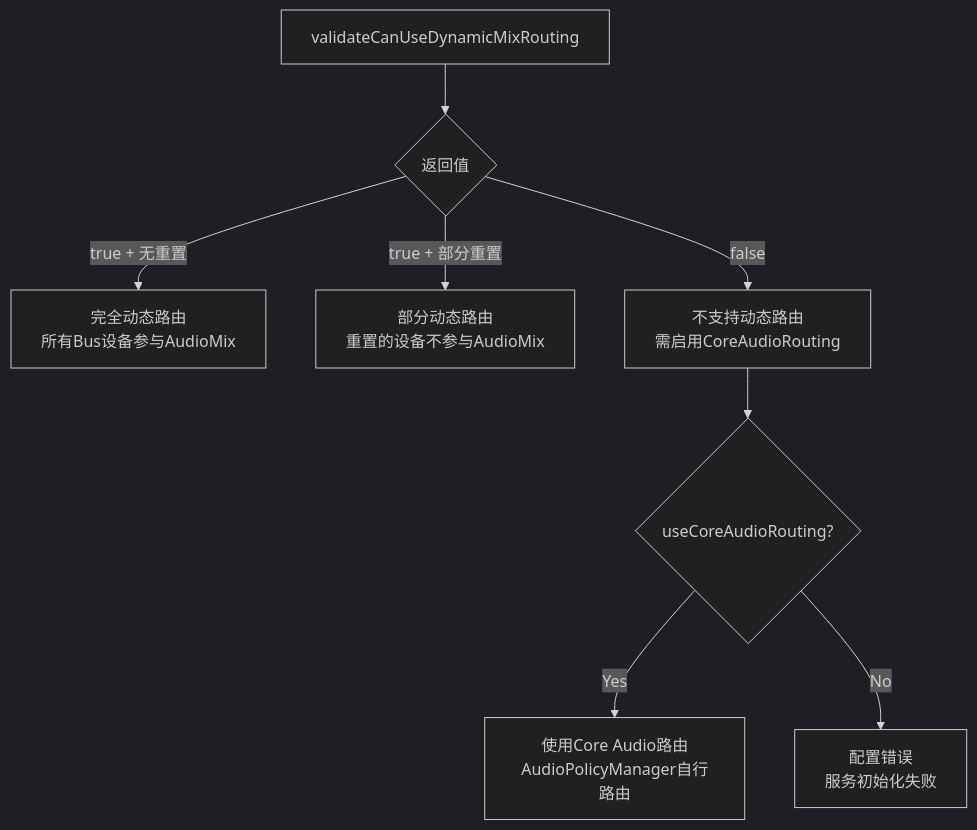
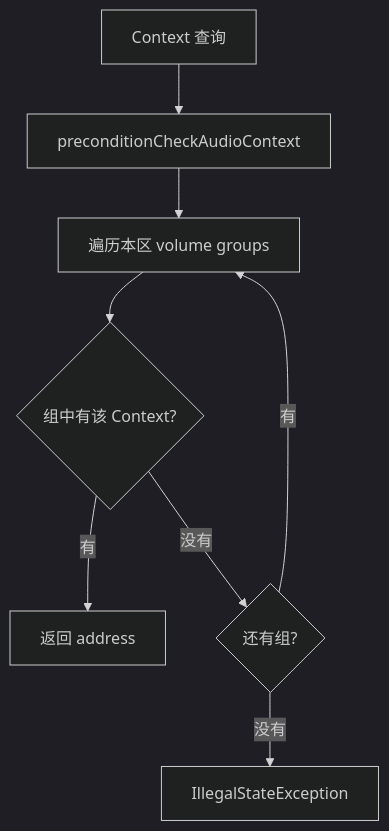
One commit to yanglinzhen1022/SA8295_AAOS_QNX_Audio_KnowledgeBase changed the second of 2 diagrams in 09_AAOS_Car_Audio/09_9.3_CarAudioZone-多Zone音频管理.md. Above: the diagram before and after it, drawn with Mermaid (dark theme). The commit also changed other lines of this file and 13 other files, not shown here.

````diff
--- a/09_AAOS_Car_Audio/09_9.3_CarAudioZone-多Zone音频管理.md
+++ b/09_AAOS_Car_Audio/09_9.3_CarAudioZone-多Zone音频管理.md
@@ -369,11 +59,10 @@
 ```mermaid
-flowchart TB
-    Validate[validateCanUseDynamicMixRouting] --> Result{返回值}
-    Result -->|true + 无重置| FullRouting[完全动态路由<br>所有Bus设备参与AudioMix]
-    Result -->|true + 部分重置| PartialRouting[部分动态路由<br>重置的设备不参与AudioMix]
-    Result -->|false| NoRouting[不支持动态路由<br>需启用CoreAudioRouting]
-    
-    NoRouting --> CheckCore{useCoreAudioRouting?}
-    CheckCore -->|Yes| CoreRouting[使用Core Audio路由<br>AudioPolicyManager自行路由]
-    CheckCore -->|No| Error[配置错误<br>服务初始化失败]
+flowchart TD
+    Q[Context 查询] --> V[preconditionCheckAudioContext]
+    V --> G[遍历本区 volume groups]
+    G --> A{组中有该 Context?}
+    A -->|有| R[返回 address]
+    A -->|没有| N{还有组?}
+    N -->|有| G
+    N -->|没有| E[IllegalStateException]
 ```
````
